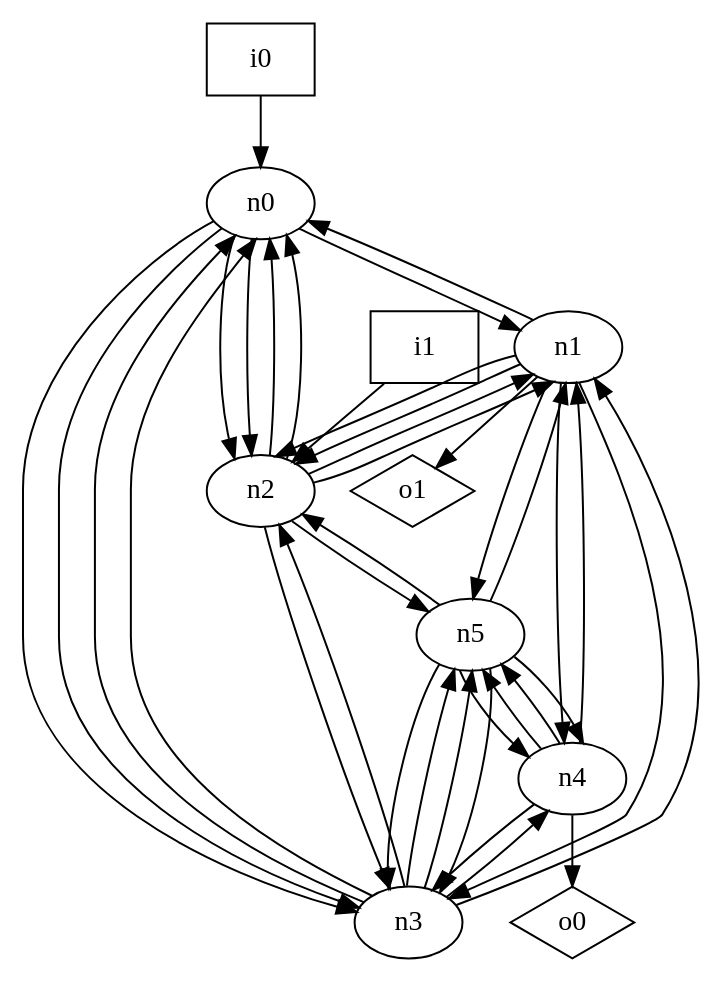
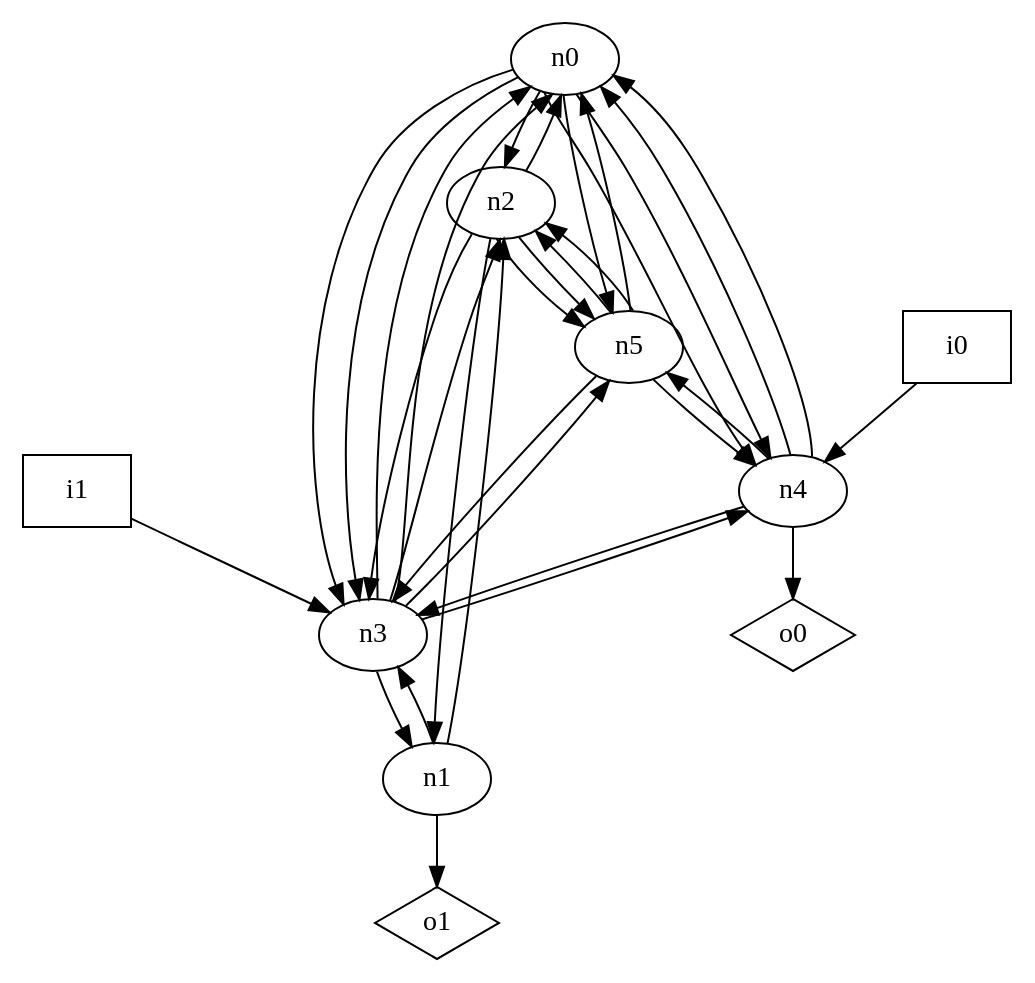
The diagram in dot_files/random/random_undirected_loop_free_graph.dot (p9romain/bool-circuits), drawn with Graphviz before and after one commit. The commit also changed 33 other files, not shown here.

```diff
--- a/dot_files/random/random_undirected_loop_free_graph.dot
+++ b/dot_files/random/random_undirected_loop_free_graph.dot
@@ -1,50 +1,44 @@
 digraph G {
 n0 [label="n0"];
 n1 [label="n1"];
 n2 [label="n2"];
 n3 [label="n3"];
 n4 [label="n4"];
 n5 [label="n5"];
 n6 [label="i0",shape="box"];
 n7 [label="i1",shape="box"];
 n8 [label="o0",shape="diamond"];
 n9 [label="o1",shape="diamond"];
-n0 -> n1
-n0 -> n2
 n0 -> n2
 n0 -> n3
 n0 -> n3
-n1 -> n0
-n1 -> n2
+n0 -> n4
+n0 -> n4
+n0 -> n5
 n1 -> n2
 n1 -> n3
-n1 -> n4
-n1 -> n5
 n1 -> n9
 n2 -> n0
-n2 -> n0
-n2 -> n1
 n2 -> n1
 n2 -> n3
+n2 -> n5
 n2 -> n5
 n3 -> n0
 n3 -> n0
 n3 -> n1
 n3 -> n2
 n3 -> n4
 n3 -> n5
-n3 -> n5
-n4 -> n1
+n4 -> n0
+n4 -> n0
 n4 -> n3
 n4 -> n5
-n4 -> n5
 n4 -> n8
-n5 -> n1
+n5 -> n0
+n5 -> n2
 n5 -> n2
 n5 -> n3
-n5 -> n3
 n5 -> n4
-n5 -> n4
-n6 -> n0
-n7 -> n2
+n6 -> n4
+n7 -> n3
 }
```
